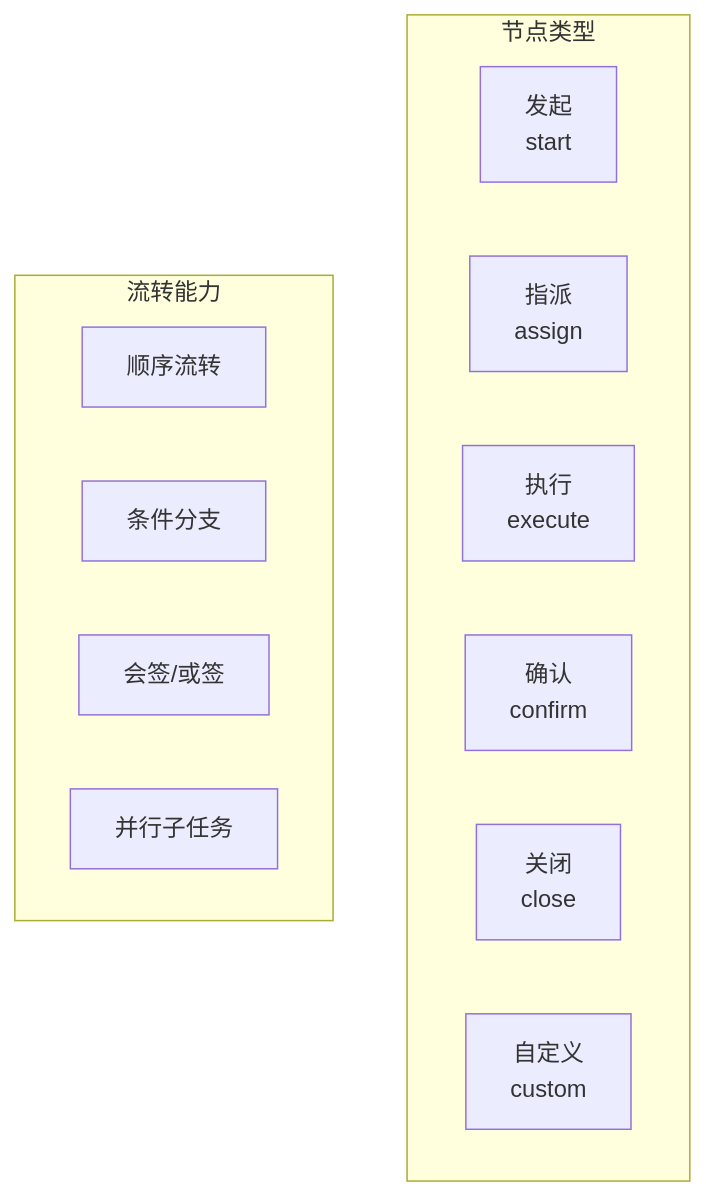
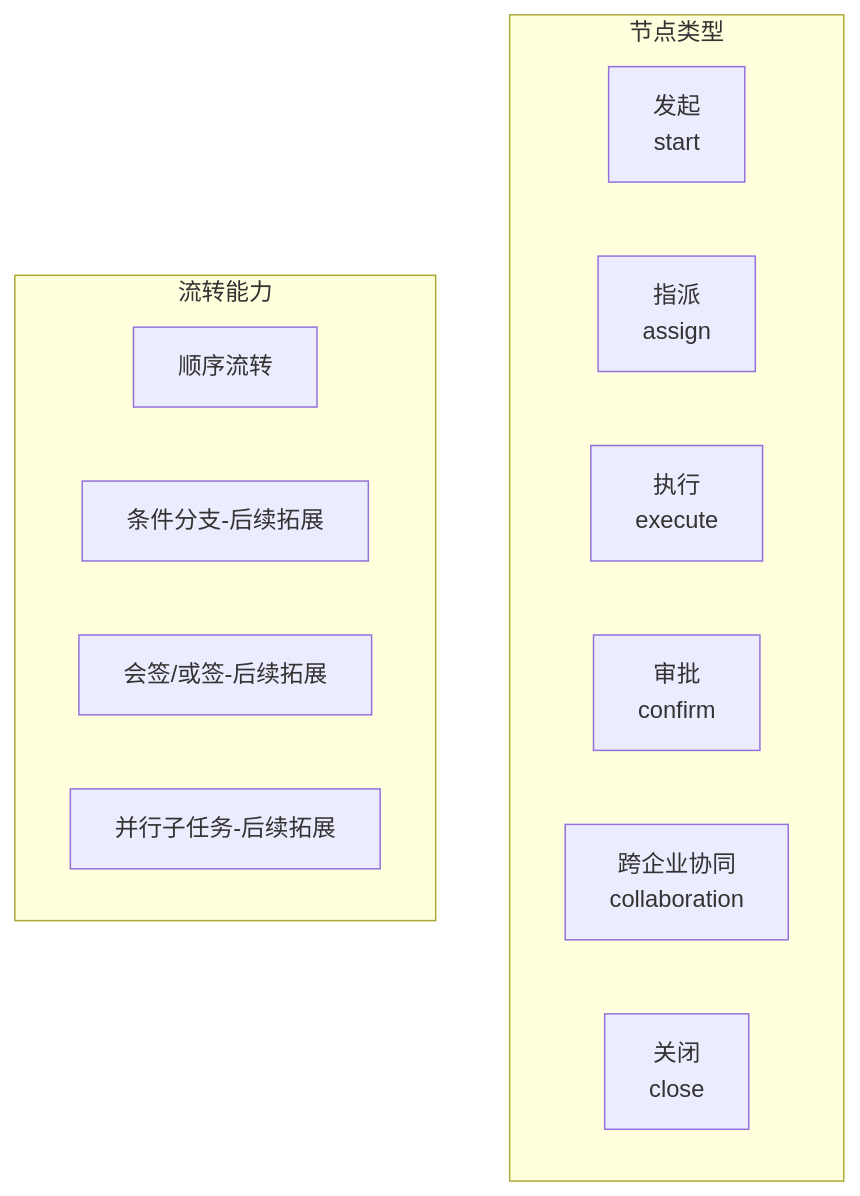
Before and after one commit to LiSunny/SaaS_Demo: the third of 6 diagrams in docs/design/工单管理/00-流程编排模块详细设计.md, drawn with Mermaid. The commit also changed other lines of this file and 6 other files, not shown here.

````diff
--- a/docs/design/工单管理/00-流程编排模块详细设计.md
+++ b/docs/design/工单管理/00-流程编排模块详细设计.md
@@ -67,18 +67,19 @@
 ```mermaid
 graph TB
     subgraph 节点类型
         S[发起<br/>start]
         A[指派<br/>assign]
         E[执行<br/>execute]
-        C[确认<br/>confirm]
+        C[审批<br/>confirm]
+        COL[跨企业协同<br/>collaboration]
         CL[关闭<br/>close]
-        CU[自定义<br/>custom]
+    
     end
 
     subgraph 流转能力
         SEQ[顺序流转]
-        BRANCH[条件分支]
-        COUNTER[会签/或签]
-        PARALLEL[并行子任务]
+        BRANCH[条件分支-后续拓展]
+        COUNTER[会签/或签-后续拓展]
+        PARALLEL[并行子任务-后续拓展]
     end
 ```
````
